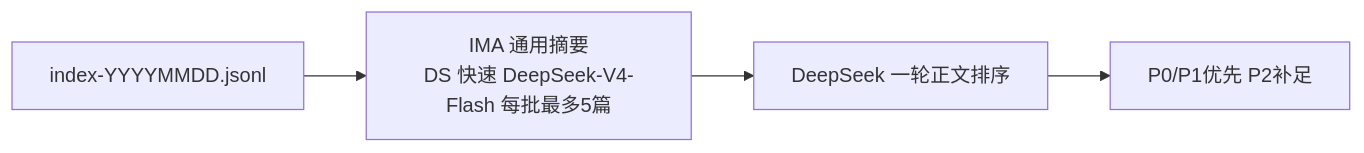
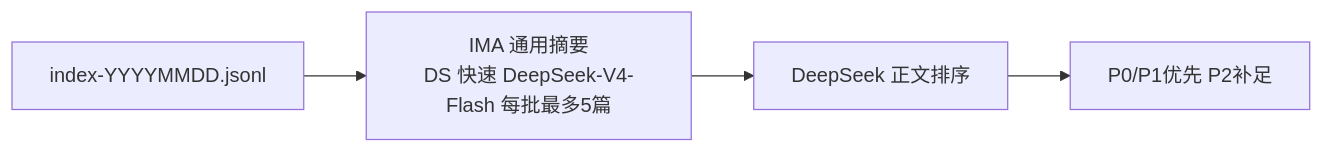
One commit to CheukYuen/investment-research-reports changed the diagram in README.md. Above: the diagram before and after it, drawn with Mermaid. The commit also changed other lines of this file and 23 other files, not shown here.

Commit message:
ima: complete summary backlog and rerank July 26

````diff
--- a/README.md
+++ b/README.md
@@ -38,6 +38,6 @@
 ```mermaid
 flowchart LR
   indexJsonl["index-YYYYMMDD.jsonl"] --> imaSummary["IMA 通用摘要<br/>DS 快速 DeepSeek-V4-Flash 每批最多5篇"]
-  imaSummary --> summaryRank["DeepSeek 一轮正文排序"]
+  imaSummary --> summaryRank["DeepSeek 正文排序"]
   summaryRank --> queue["P0/P1优先 P2补足"]
 ```
````
